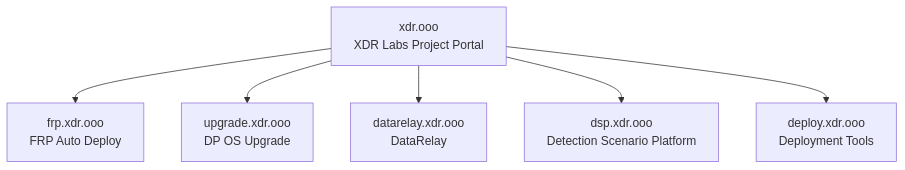
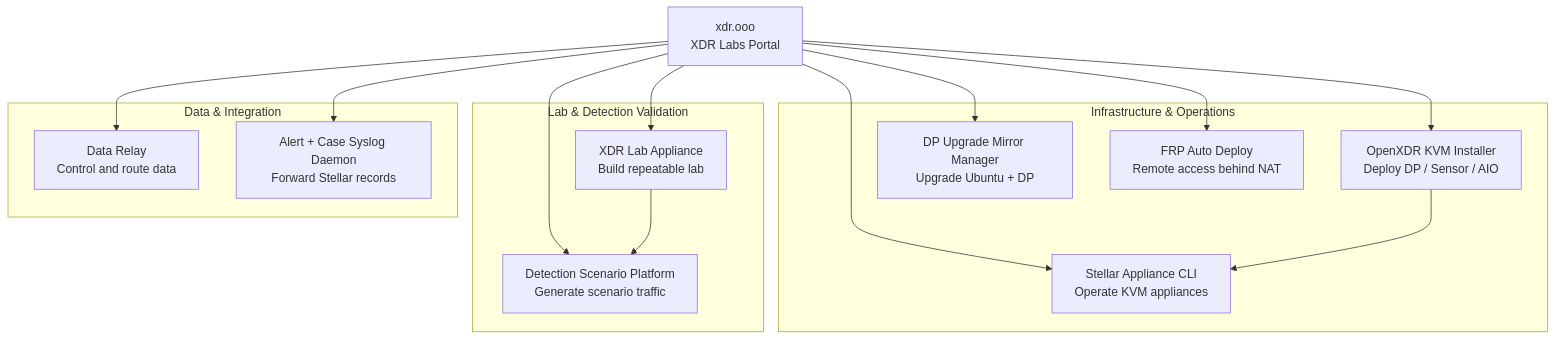
Before and after one commit to xdr-labs/xdr-labs-portal: the diagram in index.mdx, drawn with Mermaid. The commit also changed other lines of this file, not shown here.

Commit message:
docs: build integrated XDR Labs project portal

````diff
--- a/index.mdx
+++ b/index.mdx
@@ -42,15 +102,33 @@
 ```mermaid
 flowchart TD
-    P[xdr.ooo\nXDR Labs Project Portal]
-    F[frp.xdr.ooo\nFRP Auto Deploy]
-    U[upgrade.xdr.ooo\nDP OS Upgrade]
-    D[datarelay.xdr.ooo\nDataRelay]
-    S[dsp.xdr.ooo\nDetection Scenario Platform]
-    T[deploy.xdr.ooo\nDeployment Tools]
+    P[xdr.ooo\nXDR Labs Portal]
 
-    P --> F
-    P --> U
-    P --> D
-    P --> S
-    P --> T
+    subgraph INFRA[Infrastructure & Operations]
+      KVM[OpenXDR KVM Installer\nDeploy DP / Sensor / AIO]
+      UPG[DP Upgrade Mirror Manager\nUpgrade Ubuntu + DP]
+      CLI[Stellar Appliance CLI\nOperate KVM appliances]
+      FRP[FRP Auto Deploy\nRemote access behind NAT]
+    end
+
+    subgraph LAB[Lab & Detection Validation]
+      XLAB[XDR Lab Appliance\nBuild repeatable lab]
+      DSP[Detection Scenario Platform\nGenerate scenario traffic]
+    end
+
+    subgraph DATA[Data & Integration]
+      DR[Data Relay\nControl and route data]
+      SYS[Alert + Case Syslog Daemon\nForward Stellar records]
+    end
+
+    P --> KVM
+    P --> UPG
+    P --> CLI
+    P --> FRP
+    P --> XLAB
+    P --> DSP
+    P --> DR
+    P --> SYS
+
+    KVM --> CLI
+    XLAB --> DSP
 ```
````
